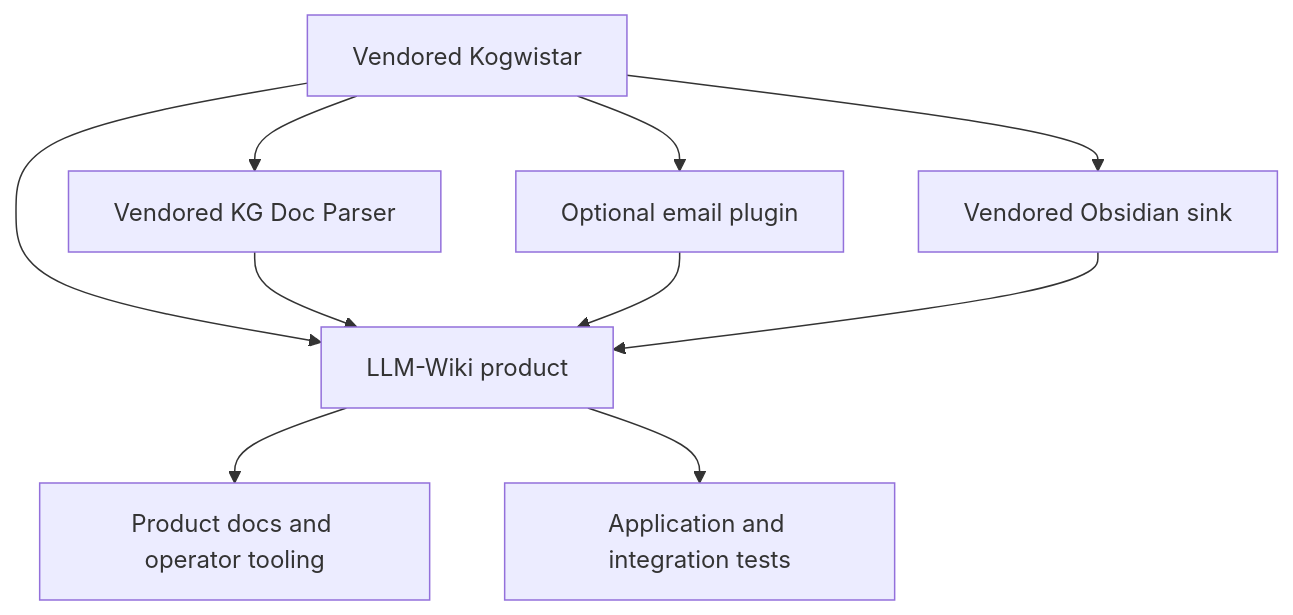
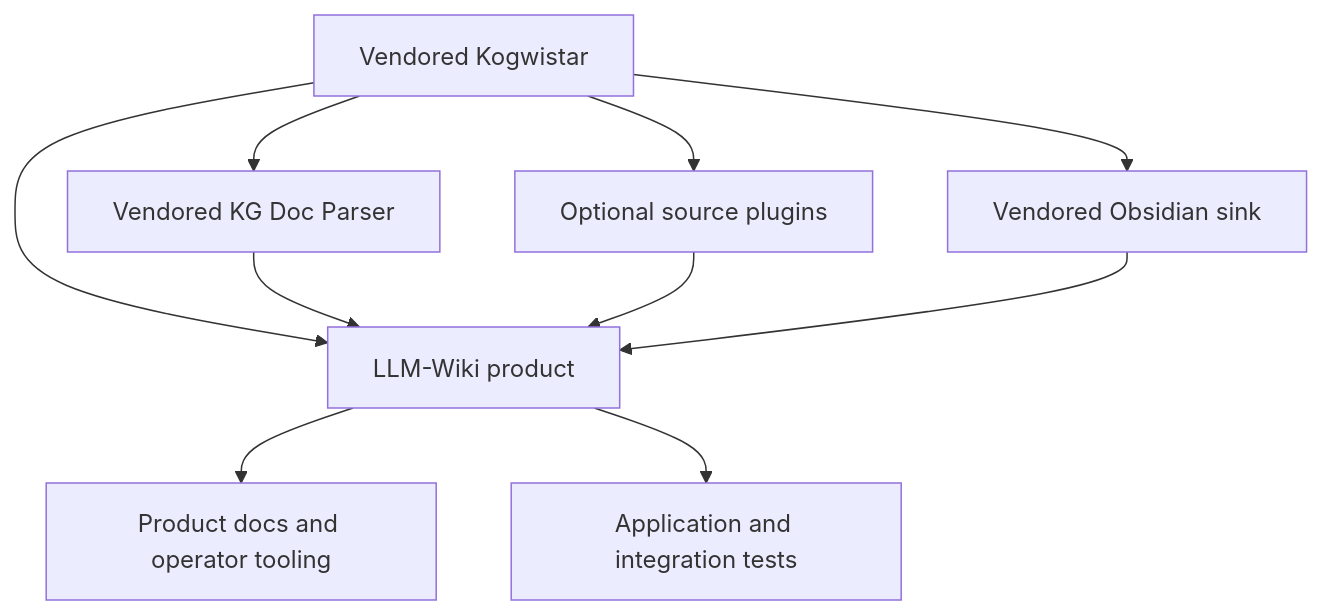
The diagram in doc/repository_structure.md (humblemat810/kogwistar-llm-wiki), drawn with Mermaid before and after one commit. The commit also changed other lines of this file and 6 other files, not shown here.

````diff
--- a/doc/repository_structure.md
+++ b/doc/repository_structure.md
@@ -36,12 +35,12 @@
 ```mermaid
 flowchart TB
     CORE[Vendored Kogwistar] --> PARSER[Vendored KG Doc Parser]
     CORE --> SINK[Vendored Obsidian sink]
-    CORE --> EMAIL[Optional email plugin]
+    CORE --> PLUGINS[Optional source plugins]
     CORE --> APP[LLM-Wiki product]
     PARSER --> APP
-    EMAIL --> APP
+    PLUGINS --> APP
     SINK --> APP
     APP --> DOCS[Product docs and operator tooling]
     APP --> TESTS[Application and integration tests]
 ```
````
